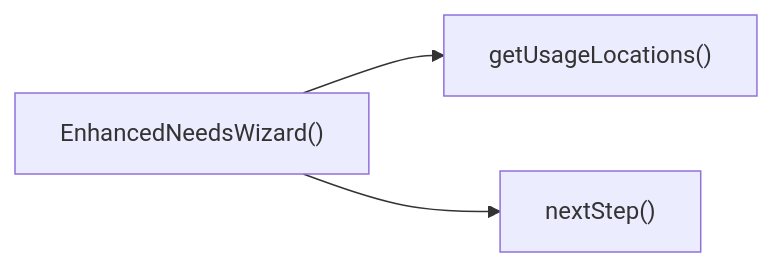
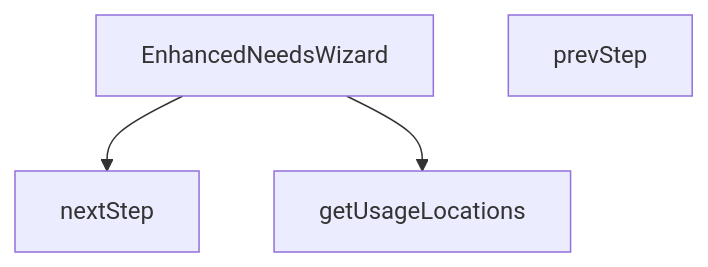
The diagram in src/components/category/EnhancedNeedsWizard.md (peckop/venthub-hvac-esite), drawn with Mermaid before and after one commit. The commit also changed other lines of this file and 488 other files, not shown here.

````diff
--- a/src/components/category/EnhancedNeedsWizard.md
+++ b/src/components/category/EnhancedNeedsWizard.md
@@ -256,5 +130,9 @@
 ```mermaid
-graph LR
-    EnhancedNeedsWizard["EnhancedNeedsWizard()"] --> getUsageLocations["getUsageLocations()"]
-    EnhancedNeedsWizard["EnhancedNeedsWizard()"] --> nextStep["nextStep()"]
+graph TD
+    EnhancedNeedsWizard_tsx__EnhancedNeedsWizard["EnhancedNeedsWizard"]
+    EnhancedNeedsWizard_tsx__getUsageLocations["getUsageLocations"]
+    EnhancedNeedsWizard_tsx__nextStep["nextStep"]
+    EnhancedNeedsWizard_tsx__prevStep["prevStep"]
+    EnhancedNeedsWizard_tsx__EnhancedNeedsWizard --> EnhancedNeedsWizard_tsx__nextStep
+    EnhancedNeedsWizard_tsx__EnhancedNeedsWizard --> EnhancedNeedsWizard_tsx__getUsageLocations
 ```
````
